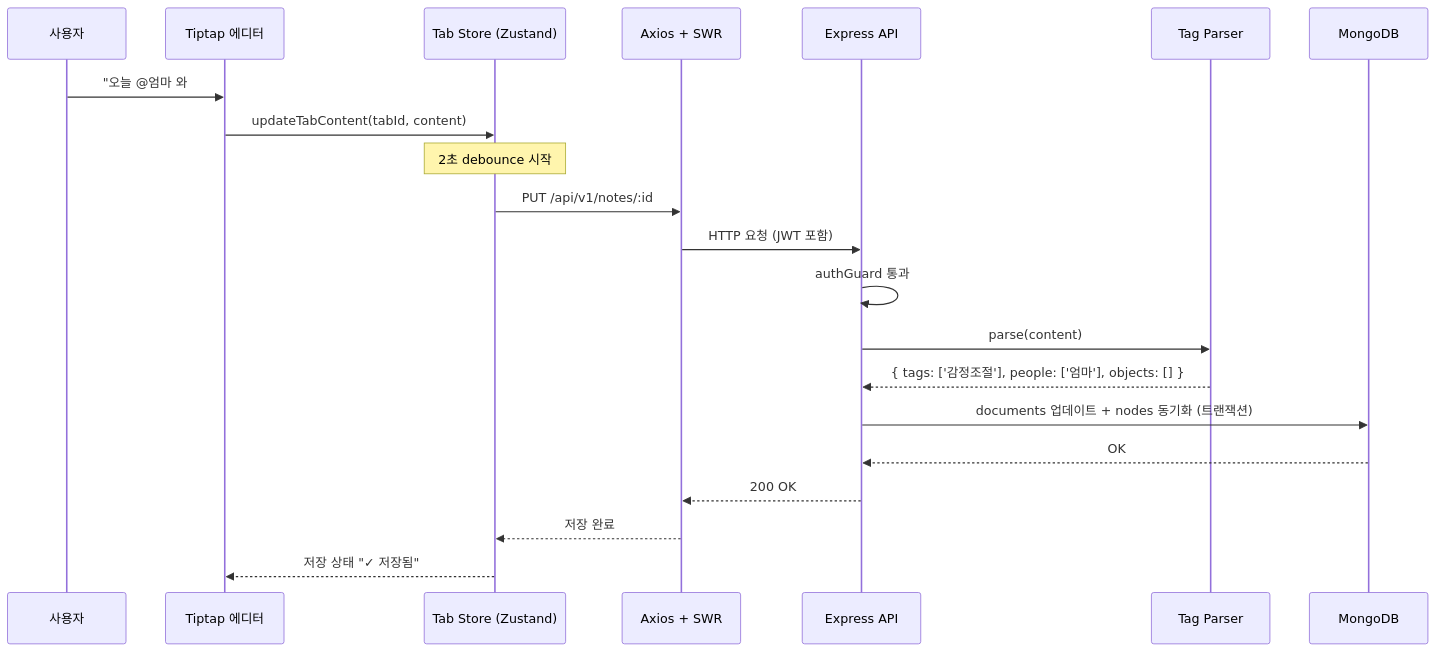
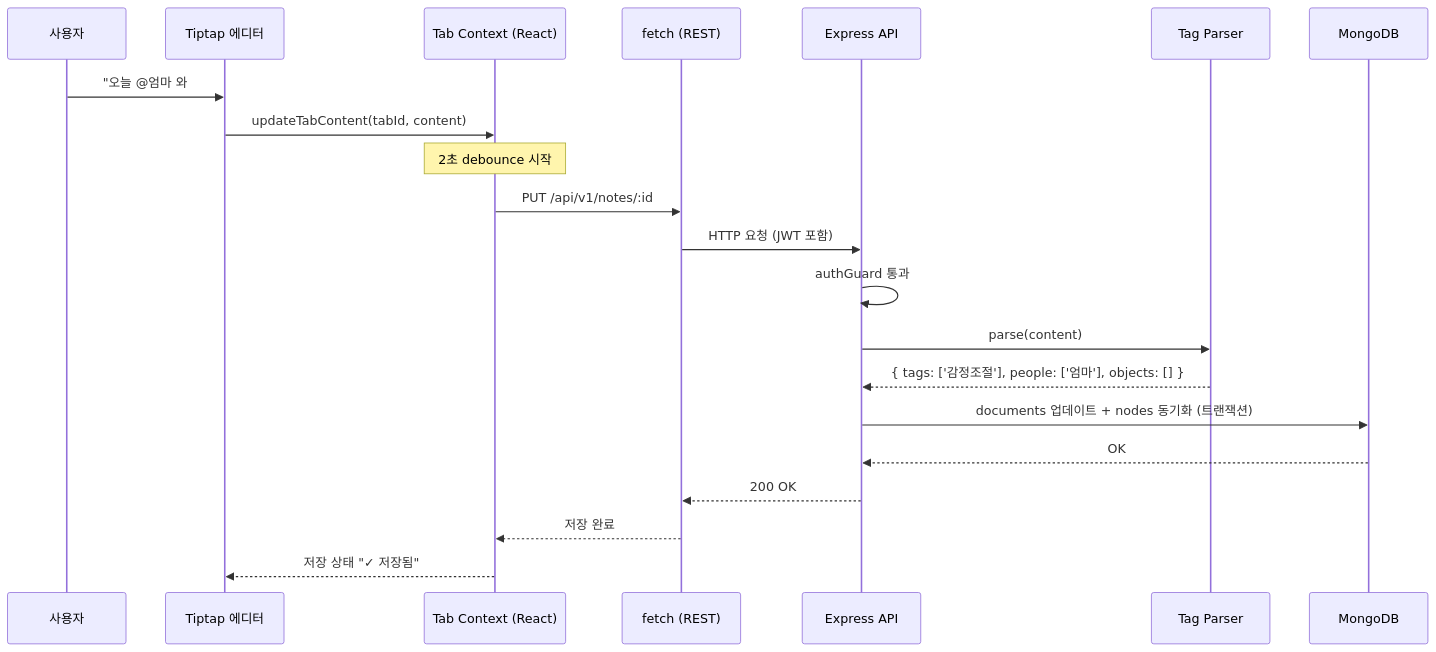
One commit to GC-Five-Guys/Docs changed the second of 4 diagrams in 03_설계/시스템_아키텍처.md. Above: the diagram before and after it, drawn with Mermaid. The commit also changed other lines of this file and 10 other files, not shown here.

````diff
--- a/03_설계/시스템_아키텍처.md
+++ b/03_설계/시스템_아키텍처.md
@@ -305,24 +479,24 @@
 ```mermaid
 sequenceDiagram
     participant U as 사용자
     participant E as Tiptap 에디터
-    participant TS as Tab Store (Zustand)
-    participant A as Axios + SWR
+    participant TS as Tab Context (React)
+    participant A as fetch (REST)
     participant API as Express API
     participant P as Tag Parser
     participant DB as MongoDB
 
     U->>E: "오늘 @엄마 와 #감정조절" 입력
     E->>TS: updateTabContent(tabId, content)
     Note over TS: 2초 debounce 시작
     TS->>A: PUT /api/v1/notes/:id
     A->>API: HTTP 요청 (JWT 포함)
     API->>API: authGuard 통과
     API->>P: parse(content)
     P-->>API: { tags: ['감정조절'], people: ['엄마'], objects: [] }
     API->>DB: documents 업데이트 + nodes 동기화 (트랜잭션)
     DB-->>API: OK
     API-->>A: 200 OK
     A-->>TS: 저장 완료
     TS-->>E: 저장 상태 "✓ 저장됨"
 ```
````
